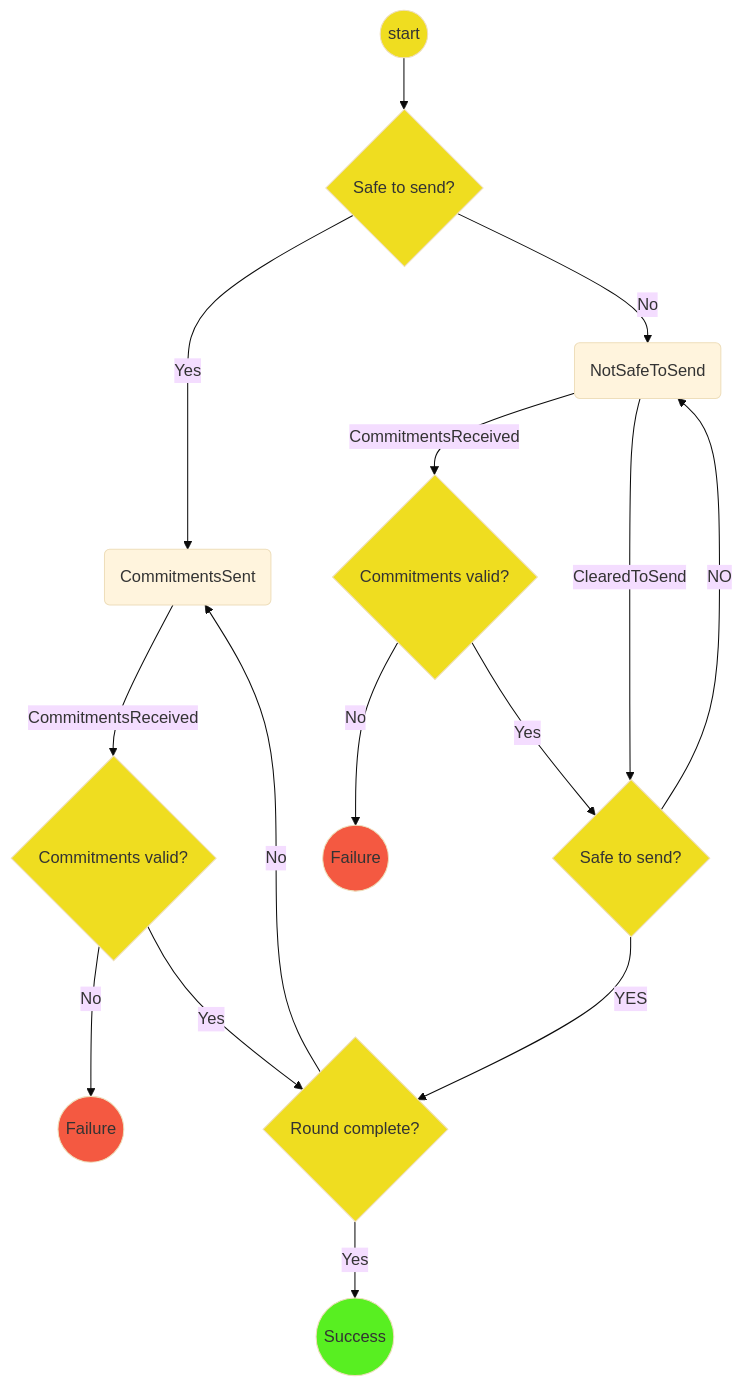
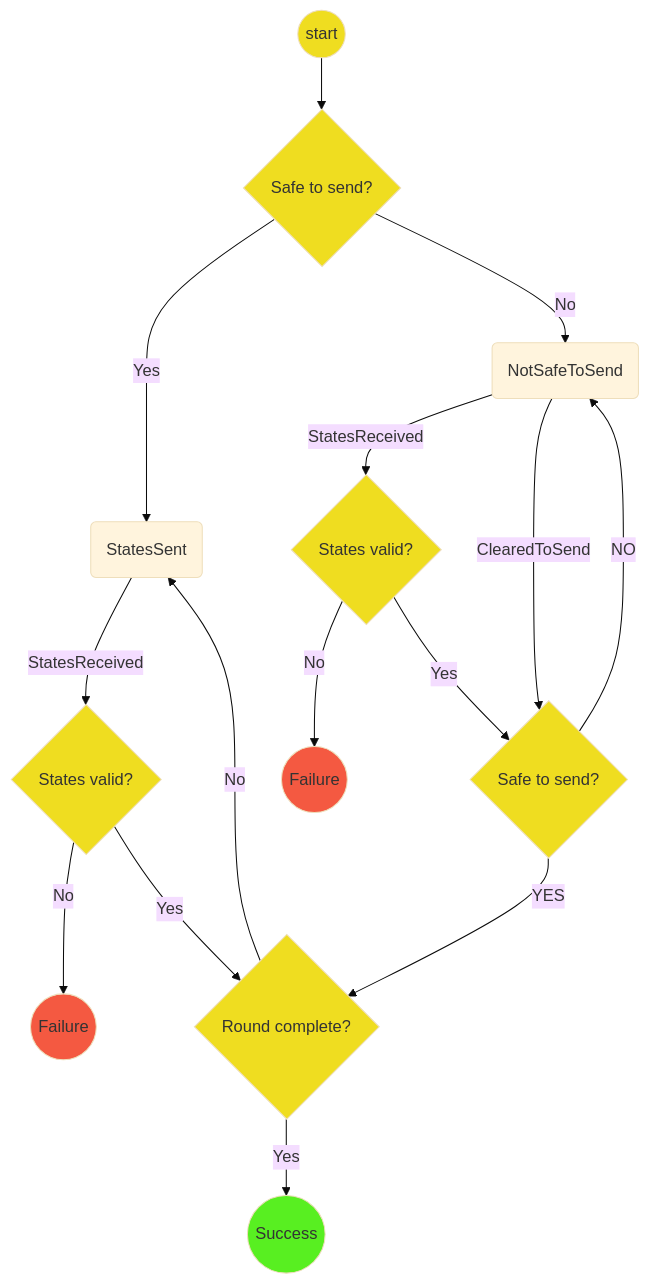
One commit to statechannels/statechannels changed the diagram in packages/engine/src/redux/protocols/consensus-update/readme.md. Above: the diagram before and after it, drawn with Mermaid (base theme). The commit also changed other lines of this file and 34 other files, not shown here.

````diff
--- a/packages/engine/src/redux/protocols/consensus-update/readme.md
+++ b/packages/engine/src/redux/protocols/consensus-update/readme.md
@@ -24,28 +24,28 @@
 ```mermaid
 graph TD
 linkStyle default interpolate basis
   St((start)) --> STSCO{Safe to send?}
   STSCO --> |Yes| CS
   STSCO --> |No| NSTS(NotSafeToSend)
-  NSTS -->|CommitmentsReceived| CV2{Commitments valid?}
+  NSTS -->|StatesReceived| CV2{States valid?}
   CV2   -->|No| F((Failure))
   CV2 -->|Yes| STS{Safe to send?}
   NSTS -->|ClearedToSend| STS
 
-  CS   -->|CommitmentsReceived| CV{Commitments valid?}
+  CS   -->|StatesReceived| CV{States valid?}
   STS -->|YES| RC
   STS -->|NO| NSTS
   CV   -->|No| F2((Failure))
   CV   -->|Yes| RC{Round complete?}
 
-  RC   -->|No| CS(CommitmentsSent)
+  RC   -->|No| CS(StatesSent)
   RC   -->|Yes| S((Success))
 
   classDef logic fill:#efdd20;
   classDef Success fill:#58ef21;
   classDef Failure fill:#f45941;
 
   class St,STS,STSCO,FP,RC,CV,CV2 logic;
   class S Success;
   class F,F2 Failure;
 ```
````
